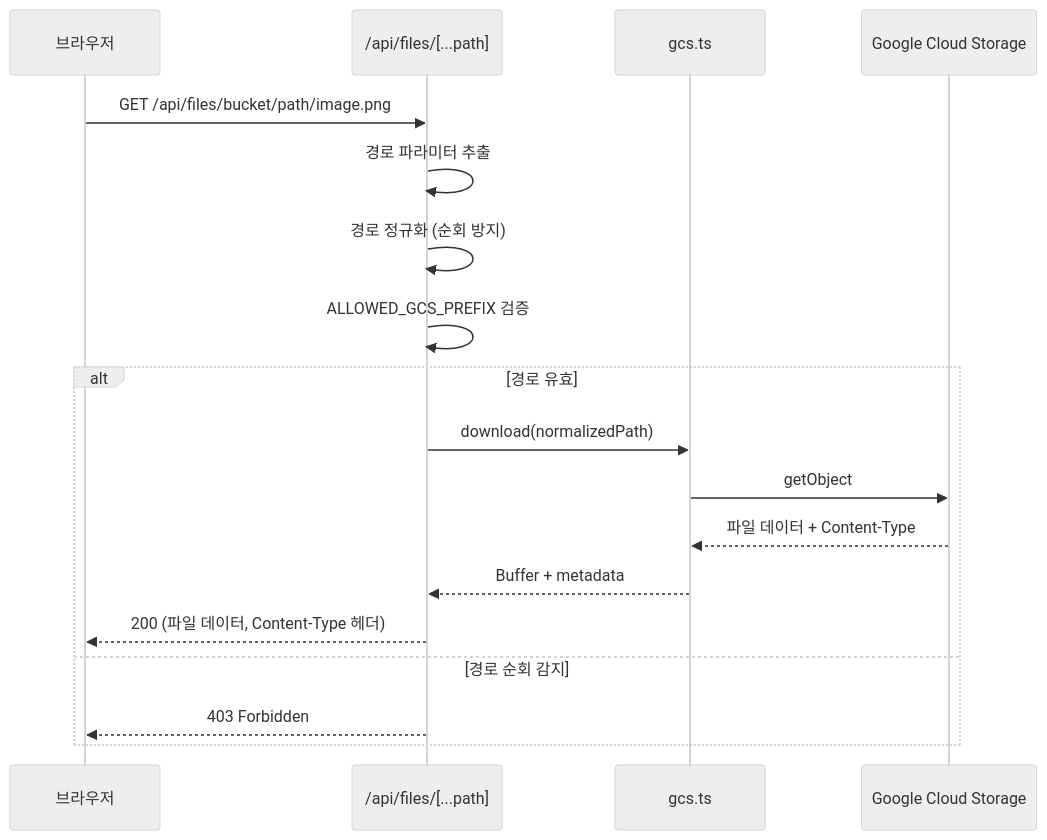
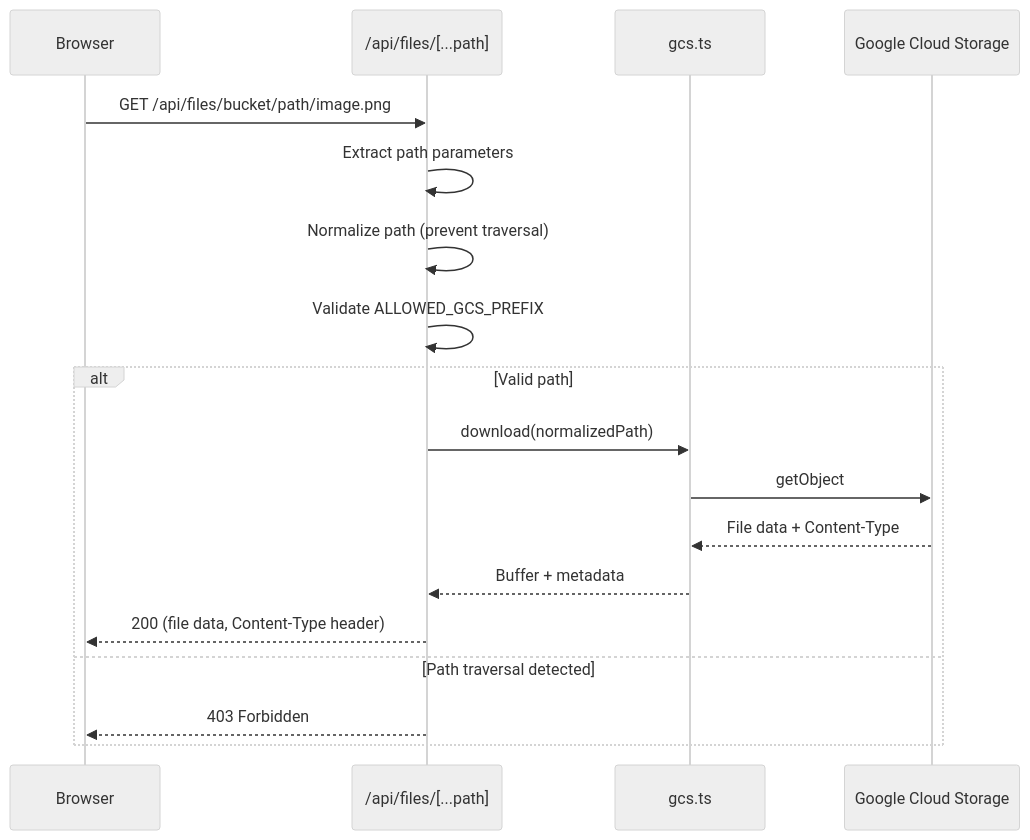
One commit to midasol/gemini-embedding-2 changed diagram 11 of 12 in docs/ko/ARCHITECTURE.md. Above: the diagram before and after it, drawn with Mermaid (neutral theme). The commit also changed other lines of this file and 17 other files, not shown here.

````diff
--- a/docs/ko/ARCHITECTURE.md
+++ b/docs/ko/ARCHITECTURE.md
@@ -490,22 +490,22 @@
 ```mermaid
 sequenceDiagram
-    participant Browser as 브라우저
+    participant Browser as Browser
     participant Proxy as /api/files/[...path]
     participant GCSLib as gcs.ts
     participant GCS as Google Cloud Storage
 
     Browser->>Proxy: GET /api/files/bucket/path/image.png
-    Proxy->>Proxy: 경로 파라미터 추출
-    Proxy->>Proxy: 경로 정규화 (순회 방지)
-    Proxy->>Proxy: ALLOWED_GCS_PREFIX 검증
+    Proxy->>Proxy: Extract path parameters
+    Proxy->>Proxy: Normalize path (prevent traversal)
+    Proxy->>Proxy: Validate ALLOWED_GCS_PREFIX
 
-    alt 경로 유효
+    alt Valid path
         Proxy->>GCSLib: download(normalizedPath)
         GCSLib->>GCS: getObject
-        GCS-->>GCSLib: 파일 데이터 + Content-Type
+        GCS-->>GCSLib: File data + Content-Type
         GCSLib-->>Proxy: Buffer + metadata
-        Proxy-->>Browser: 200 (파일 데이터, Content-Type 헤더)
-    else 경로 순회 감지
+        Proxy-->>Browser: 200 (file data, Content-Type header)
+    else Path traversal detected
         Proxy-->>Browser: 403 Forbidden
     end
 ```
````
